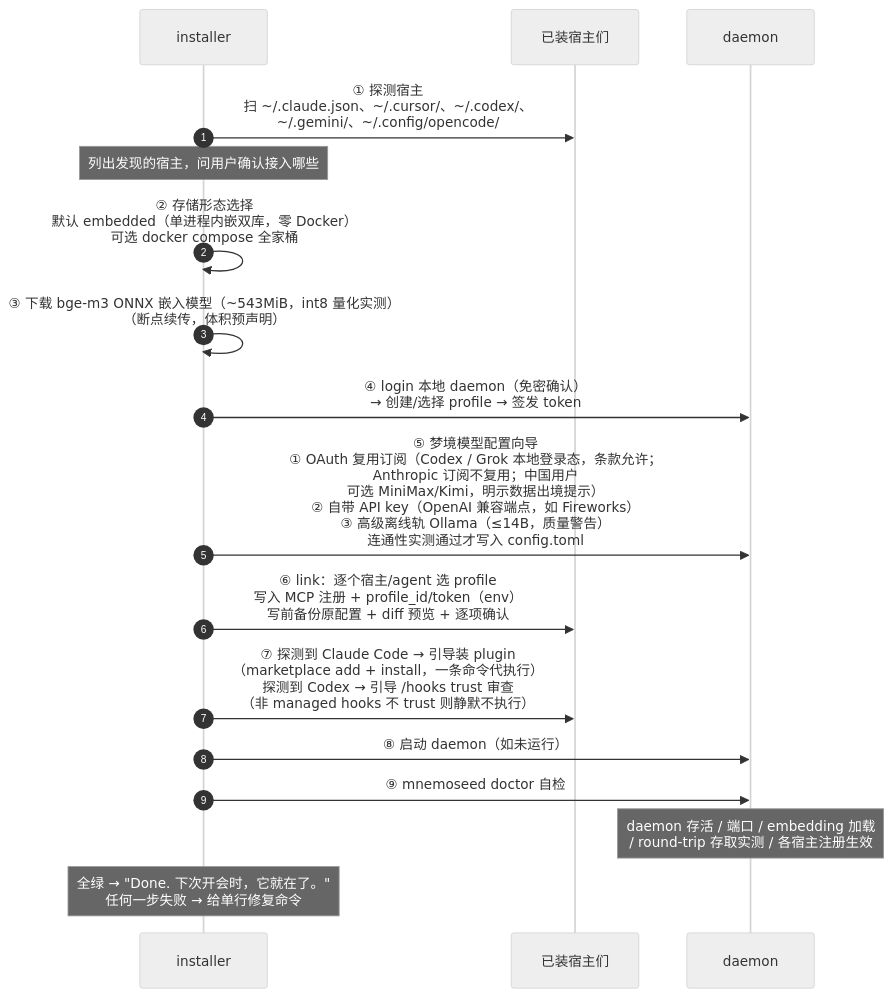
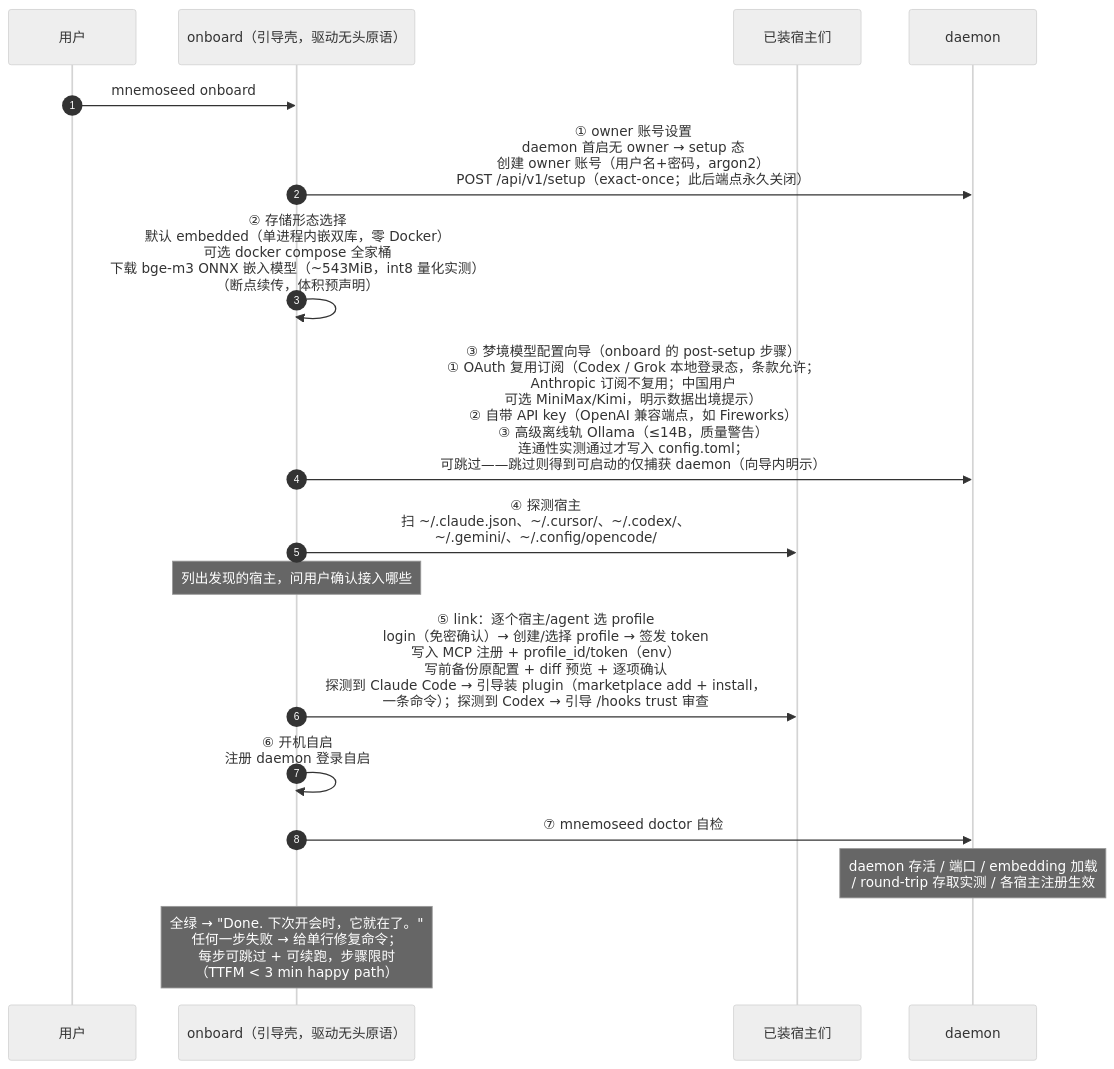
The fourth of 5 diagrams in docs/zh/design/06-接入与安装体验.md (MnemoSeed/mnemoseed), drawn with Mermaid (neutral theme) before and after one commit. The commit also changed other lines of this file and 16 other files, not shown here.

````diff
--- a/docs/zh/design/06-接入与安装体验.md
+++ b/docs/zh/design/06-接入与安装体验.md
@@ -186,19 +188,19 @@
 ```mermaid
 sequenceDiagram
     autonumber
-    participant I as installer
+    participant U as 用户
+    participant O as onboard（引导壳，驱动无头原语）
     participant H as 已装宿主们
     participant D as daemon
-    I->>H: ① 探测宿主<br/>扫 ~/.claude.json、~/.cursor/、~/.codex/、<br/>~/.gemini/、~/.config/opencode/
-    Note over I: 列出发现的宿主，问用户确认接入哪些
-    I->>I: ② 存储形态选择<br/>默认 embedded（单进程内嵌双库，零 Docker）<br/>可选 docker compose 全家桶
-    I->>I: ③ 下载 bge-m3 ONNX 嵌入模型（~543MiB，int8 量化实测）<br/>（断点续传，体积预声明）
-    I->>D: ④ login 本地 daemon（免密确认）<br/>→ 创建/选择 profile → 签发 token
-    I->>D: ⑤ 梦境模型配置向导<br/>① OAuth 复用订阅（Codex / Grok 本地登录态，条款允许；<br/>Anthropic 订阅不复用；中国用户<br/>可选 MiniMax/Kimi，明示数据出境提示）<br/>② 自带 API key（OpenAI 兼容端点，如 Fireworks）<br/>③ 高级离线轨 Ollama（≤14B，质量警告）<br/>连通性实测通过才写入 config.toml
-    I->>H: ⑥ link：逐个宿主/agent 选 profile<br/>写入 MCP 注册 + profile_id/token（env）<br/>写前备份原配置 + diff 预览 + 逐项确认
-    I->>H: ⑦ 探测到 Claude Code → 引导装 plugin<br/>（marketplace add + install，一条命令代执行）<br/>探测到 Codex → 引导 /hooks trust 审查<br/>（非 managed hooks 不 trust 则静默不执行）
-    I->>D: ⑧ 启动 daemon（如未运行）
-    I->>D: ⑨ mnemoseed doctor 自检
+    U->>O: mnemoseed onboard
+    O->>D: ① owner 账号设置<br/>daemon 首启无 owner → setup 态<br/>创建 owner 账号（用户名+密码，argon2）<br/>POST /api/v1/setup（exact-once；此后端点永久关闭）
+    O->>O: ② 存储形态选择<br/>默认 embedded（单进程内嵌双库，零 Docker）<br/>可选 docker compose 全家桶<br/>下载 bge-m3 ONNX 嵌入模型（~543MiB，int8 量化实测）<br/>（断点续传，体积预声明）
+    O->>D: ③ 梦境模型配置向导（onboard 的 post-setup 步骤）<br/>① OAuth 复用订阅（Codex / Grok 本地登录态，条款允许；<br/>Anthropic 订阅不复用；中国用户<br/>可选 MiniMax/Kimi，明示数据出境提示）<br/>② 自带 API key（OpenAI 兼容端点，如 Fireworks）<br/>③ 高级离线轨 Ollama（≤14B，质量警告）<br/>连通性实测通过才写入 config.toml；<br/>可跳过——跳过则得到可启动的仅捕获 daemon（向导内明示）
+    O->>H: ④ 探测宿主<br/>扫 ~/.claude.json、~/.cursor/、~/.codex/、<br/>~/.gemini/、~/.config/opencode/
+    Note over O: 列出发现的宿主，问用户确认接入哪些
+    O->>H: ⑤ link：逐个宿主/agent 选 profile<br/>login（免密确认）→ 创建/选择 profile → 签发 token<br/>写入 MCP 注册 + profile_id/token（env）<br/>写前备份原配置 + diff 预览 + 逐项确认<br/>探测到 Claude Code → 引导装 plugin（marketplace add + install，<br/>一条命令）；探测到 Codex → 引导 /hooks trust 审查
+    O->>O: ⑥ 开机自启<br/>注册 daemon 登录自启
+    O->>D: ⑦ mnemoseed doctor 自检
     Note over D: daemon 存活 / 端口 / embedding 加载<br/>/ round-trip 存取实测 / 各宿主注册生效
-    Note over I: 全绿 → "Done. 下次开会时，它就在了。"<br/>任何一步失败 → 给单行修复命令
+    Note over O: 全绿 → "Done. 下次开会时，它就在了。"<br/>任何一步失败 → 给单行修复命令；<br/>每步可跳过 + 可续跑，步骤限时<br/>（TTFM < 3 min happy path）
 ```
````
